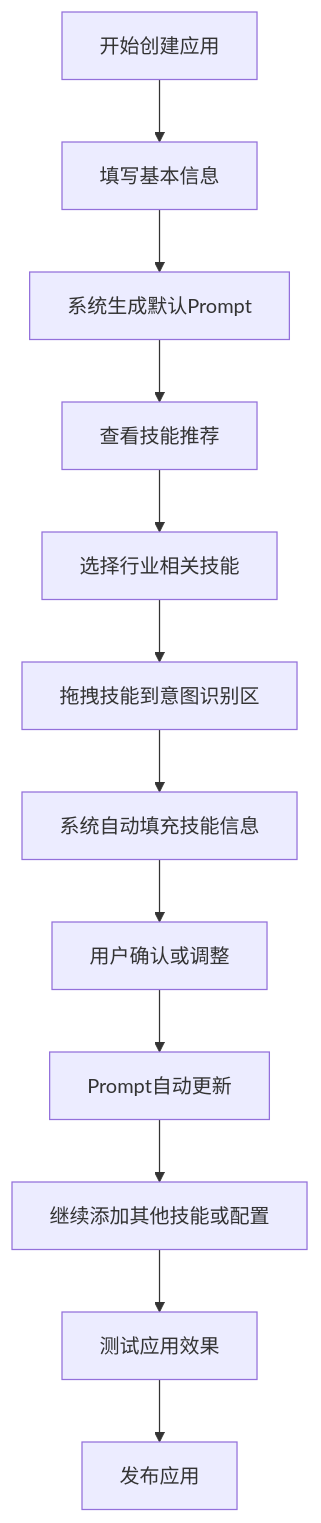
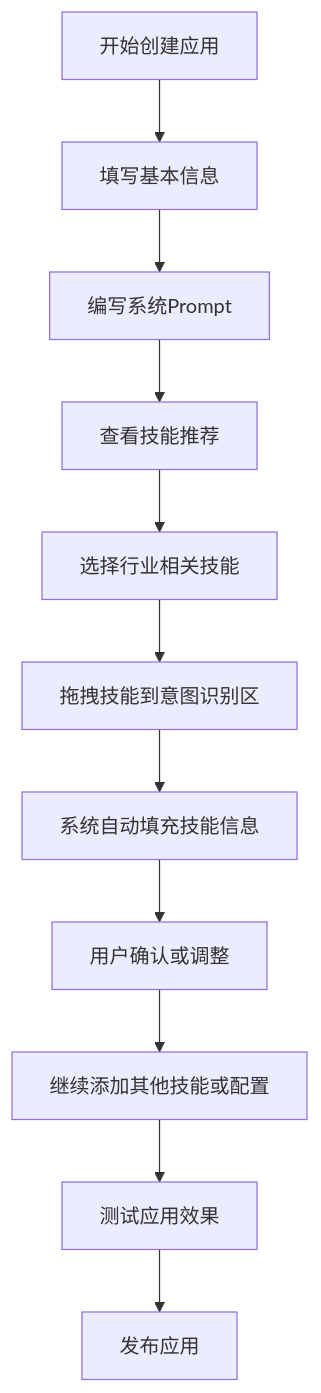
The diagram in .result/app_builder_prd.md (jingyuanmirror/B-tbox), drawn with Mermaid before and after one commit. The commit also changed other lines of this file and 3 other files, not shown here.

````diff
--- a/.result/app_builder_prd.md
+++ b/.result/app_builder_prd.md
@@ -186,14 +203,13 @@
 ```mermaid
 graph TD
     A[开始创建应用] --> B[填写基本信息]
-    B --> C[系统生成默认Prompt]
+    B --> C[编写系统Prompt]
     C --> D[查看技能推荐]
     D --> E[选择行业相关技能]
     E --> F[拖拽技能到意图识别区]
     F --> G[系统自动填充技能信息]
     G --> H[用户确认或调整]
-    H --> I[Prompt自动更新]
-    I --> J[继续添加其他技能或配置]
-    J --> K[测试应用效果]
-    K --> L[发布应用]
+    H --> I[继续添加其他技能或配置]
+    I --> J[测试应用效果]
+    J --> K[发布应用]
 ```
````
